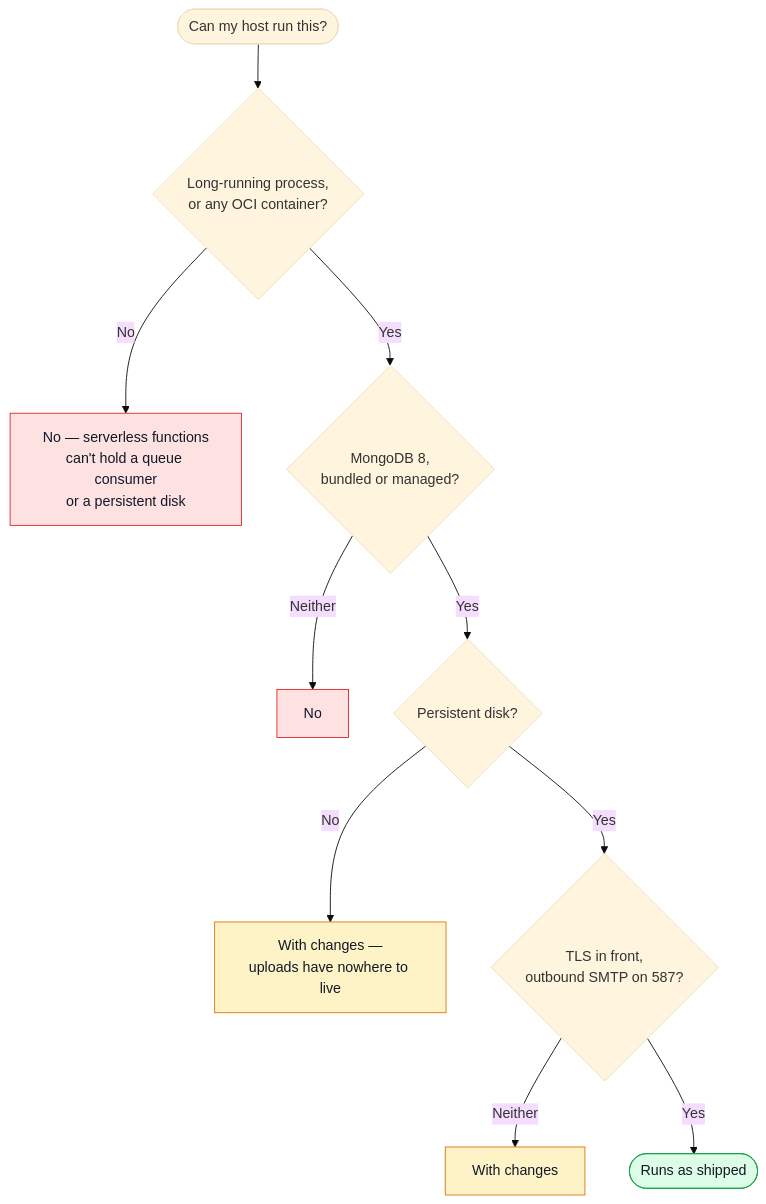
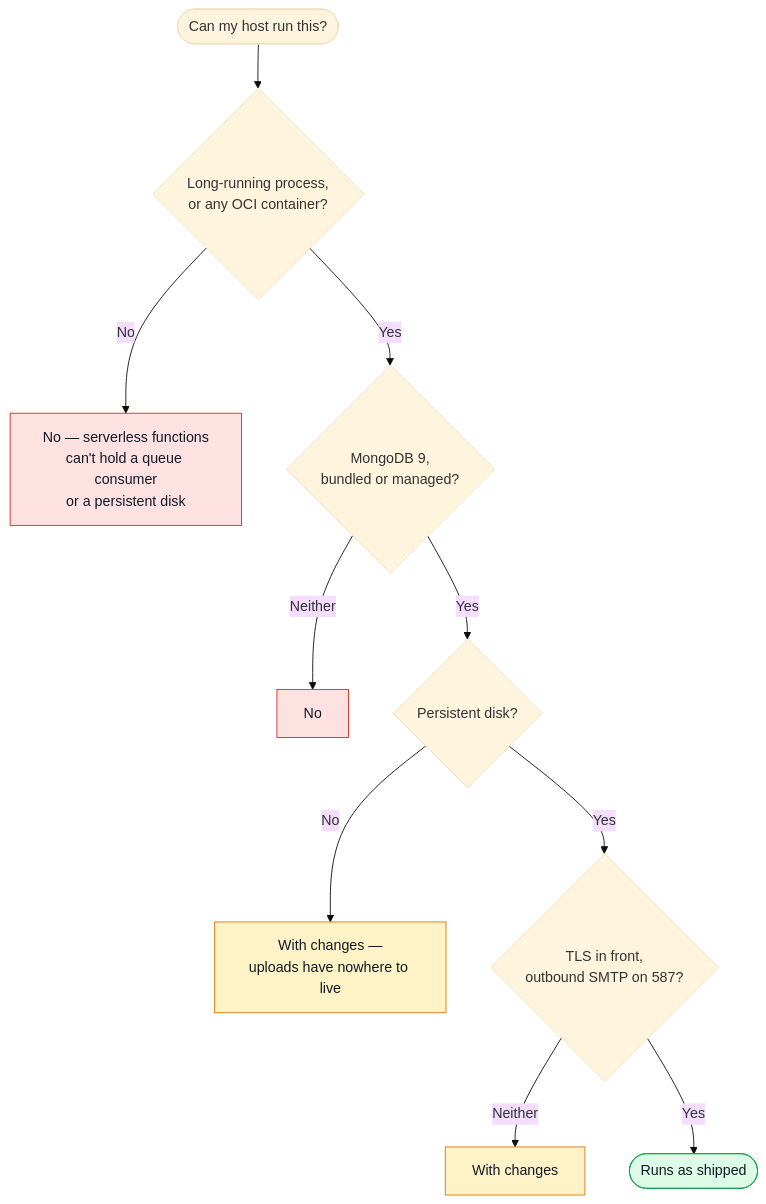
Before and after one commit to Guebbit/boilerplate-node-backend: the first of 2 diagrams in docs/tools/hosting.md, drawn with Mermaid (base theme). The commit also changed other lines of this file and 8 other files, not shown here.

````diff
--- a/docs/tools/hosting.md
+++ b/docs/tools/hosting.md
@@ -18,19 +18,19 @@
 ```mermaid
 flowchart TD
     Start(["Can my host run this?"]) --> Q1{"Long-running process,\nor any OCI container?"}
     Q1 -->|No| Serverless["No — serverless functions\ncan't hold a queue consumer\nor a persistent disk"]
-    Q1 -->|Yes| Q2{"MongoDB 8,\nbundled or managed?"}
+    Q1 -->|Yes| Q2{"MongoDB 9,\nbundled or managed?"}
     Q2 -->|Neither| NoDB["No"]
     Q2 -->|Yes| Q3{"Persistent disk?"}
     Q3 -->|No| Uploads["With changes —\nuploads have nowhere to live"]
     Q3 -->|Yes| Q4{"TLS in front,\noutbound SMTP on 587?"}
     Q4 -->|Neither| NoTLS["With changes"]
     Q4 -->|Yes| Yes(["Runs as shipped"])
 
     classDef bad fill:#fee2e2,stroke:#dc2626,color:#111827;
     classDef warn fill:#fef3c7,stroke:#d97706,color:#111827;
     classDef good fill:#dcfce7,stroke:#16a34a,color:#111827;
     class Serverless,NoDB bad;
     class Uploads,NoTLS warn;
     class Yes good;
 ```
````
